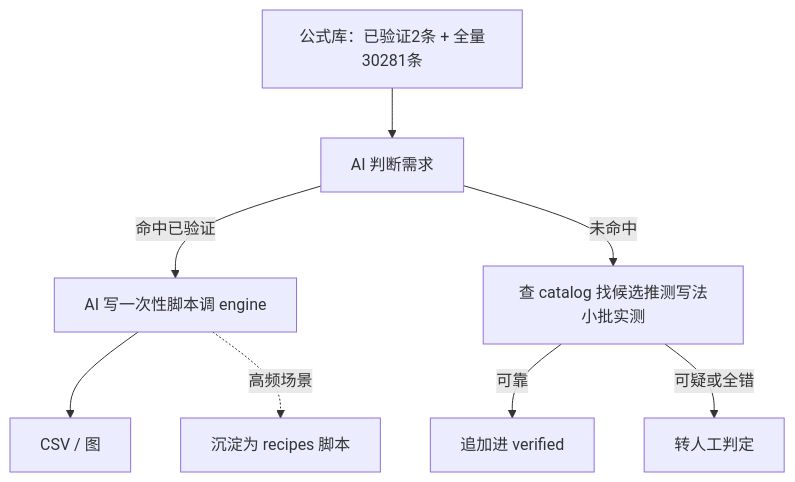
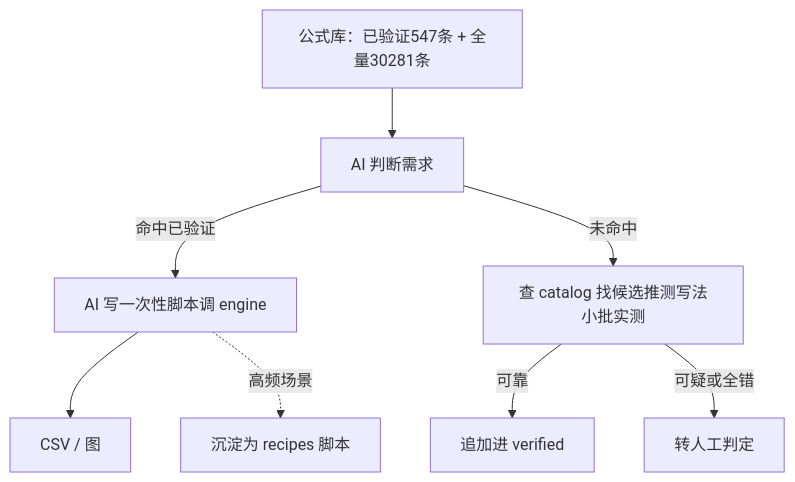
Before and after one commit to alone-tree/Ashare-announcements-MCP: the diagram in docs/iFinD公式验证库建设方案-2026-11-18.md, drawn with Mermaid. The commit also changed other lines of this file and 6 other files, not shown here.

````diff
--- a/docs/iFinD公式验证库建设方案-2026-11-18.md
+++ b/docs/iFinD公式验证库建设方案-2026-11-18.md
@@ -76,10 +76,10 @@
 ```mermaid
 flowchart TB
-    L[公式库：已验证2条 + 全量30281条] --> AI[AI 判断需求]
+    L[公式库：已验证547条 + 全量30281条] --> AI[AI 判断需求]
     AI -->|命中已验证| S[AI 写一次性脚本调 engine]
     AI -->|未命中| C[查 catalog 找候选推测写法小批实测]
     C -->|可靠| V[追加进 verified]
     C -->|可疑或全错| U[转人工判定]
     S --> D[CSV / 图]
     S -.->|高频场景| R[沉淀为 recipes 脚本]
 ```
````
